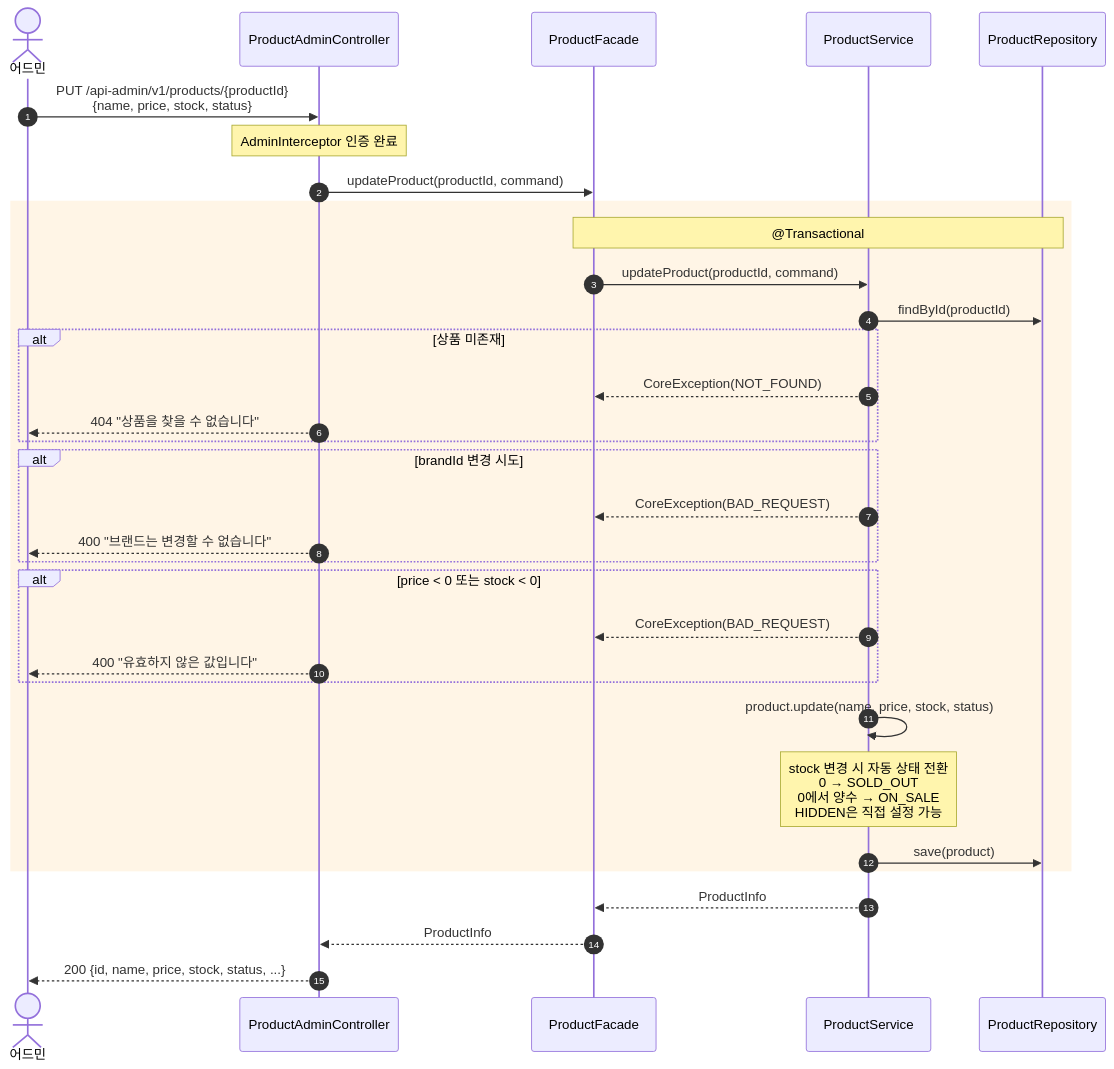
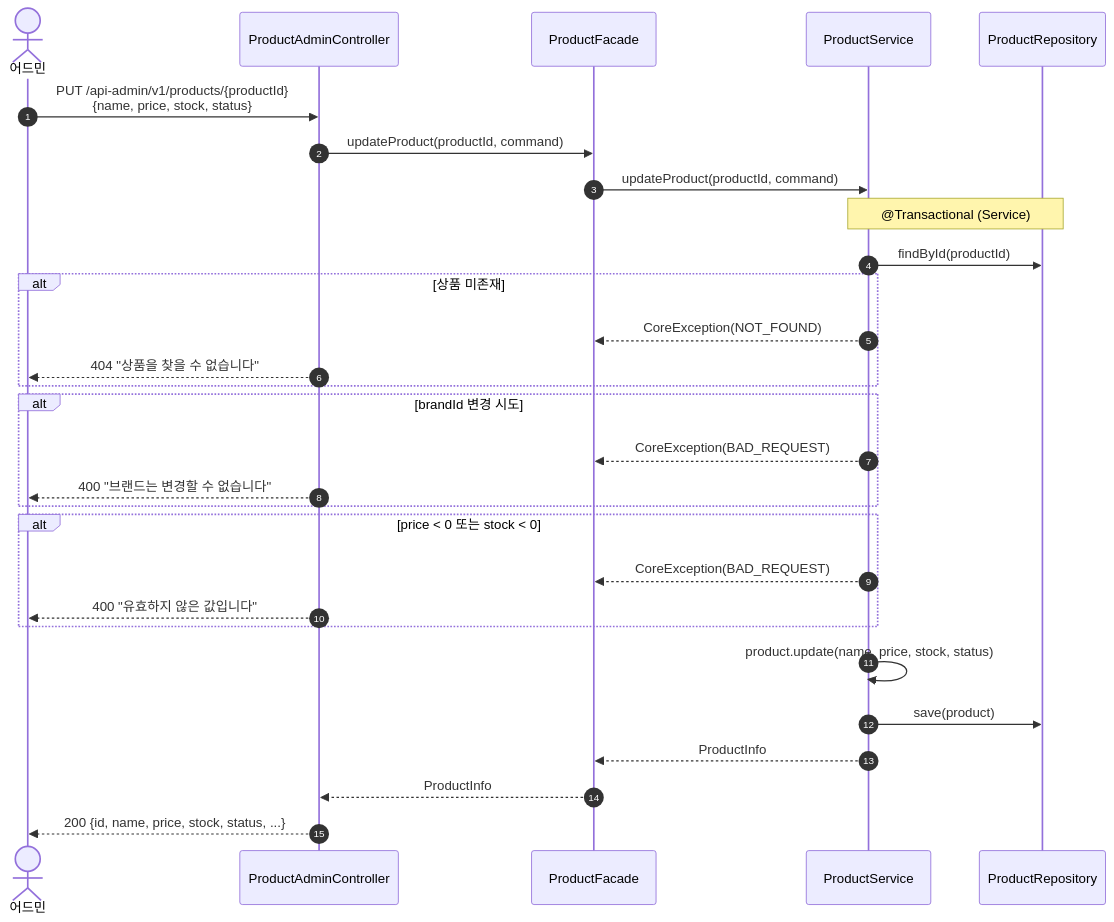
One commit to Loopers-dev-lab/loop-pack-be-l2-vol3-kotlin changed diagram 12 of 21 in docs/design/02-sequence-diagrams.md. Above: the diagram before and after it, drawn with Mermaid. The commit also changed other lines of this file and 5 other files, not shown here.

````diff
--- a/docs/design/02-sequence-diagrams.md
+++ b/docs/design/02-sequence-diagrams.md
@@ -399,41 +410,37 @@
 ```mermaid
 sequenceDiagram
     autonumber
     actor Admin as 어드민
     participant C as ProductAdminController
     participant F as ProductFacade
     participant PS as ProductService
     participant PR as ProductRepository
     Admin ->> C: PUT /api-admin/v1/products/{productId}<br/>{name, price, stock, status}
-    Note over C: AdminInterceptor 인증 완료
     C ->> F: updateProduct(productId, command)
+    F ->> PS: updateProduct(productId, command)
 
-    rect rgb(255, 245, 230)
-        Note over F, PR: @Transactional
-        F ->> PS: updateProduct(productId, command)
-        PS ->> PR: findById(productId)
+    Note over PS, PR: @Transactional (Service)
+    PS ->> PR: findById(productId)
 
-        alt 상품 미존재
-            PS -->> F: CoreException(NOT_FOUND)
-            C -->> Admin: 404 "상품을 찾을 수 없습니다"
-        end
+    alt 상품 미존재
+        PS -->> F: CoreException(NOT_FOUND)
+        C -->> Admin: 404 "상품을 찾을 수 없습니다"
+    end
 
-        alt brandId 변경 시도
-            PS -->> F: CoreException(BAD_REQUEST)
-            C -->> Admin: 400 "브랜드는 변경할 수 없습니다"
-        end
+    alt brandId 변경 시도
+        PS -->> F: CoreException(BAD_REQUEST)
+        C -->> Admin: 400 "브랜드는 변경할 수 없습니다"
+    end
 
-        alt price < 0 또는 stock < 0
-            PS -->> F: CoreException(BAD_REQUEST)
-            C -->> Admin: 400 "유효하지 않은 값입니다"
-        end
+    alt price < 0 또는 stock < 0
+        PS -->> F: CoreException(BAD_REQUEST)
+        C -->> Admin: 400 "유효하지 않은 값입니다"
+    end
 
-        PS ->> PS: product.update(name, price, stock, status)
-        Note over PS: stock 변경 시 자동 상태 전환<br/>0 → SOLD_OUT<br/>0에서 양수 → ON_SALE<br/>HIDDEN은 직접 설정 가능
-        PS ->> PR: save(product)
-    end
+    PS ->> PS: product.update(name, price, stock, status)
+    PS ->> PR: save(product)
 
     PS -->> F: ProductInfo
     F -->> C: ProductInfo
     C -->> Admin: 200 {id, name, price, stock, status, ...}
 ```
````
